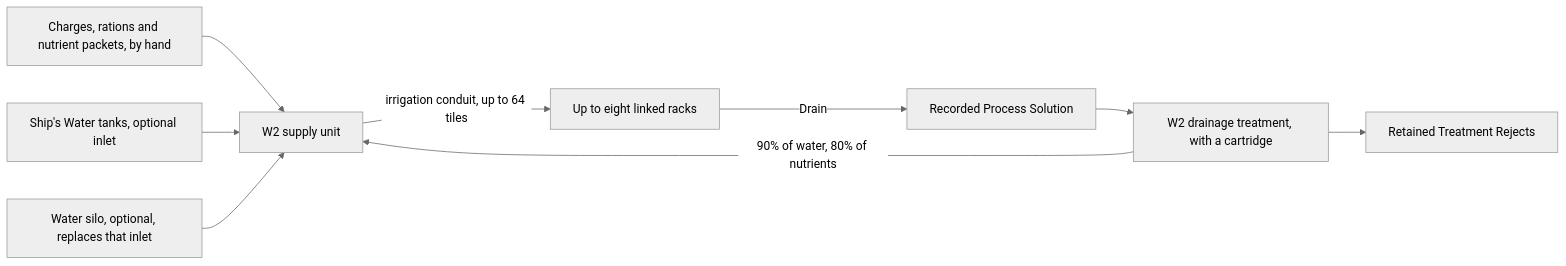
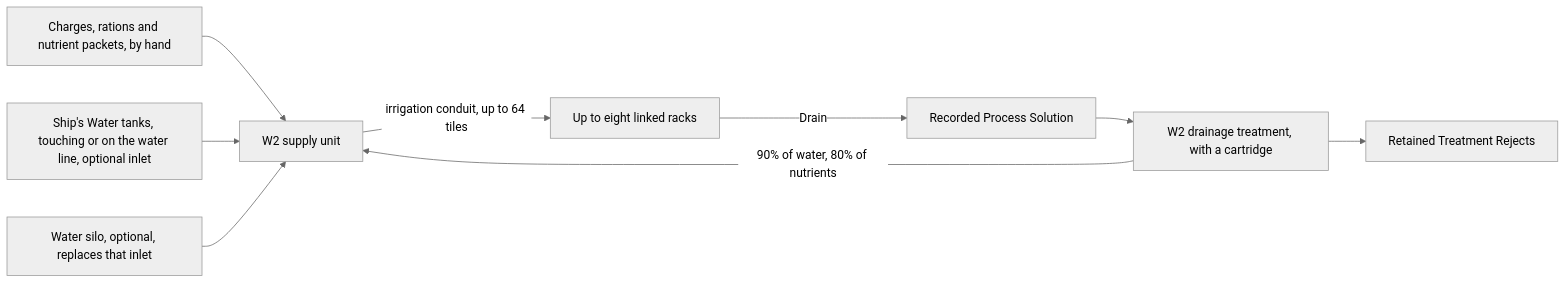
The diagram in docs/fluid-network-operations.md (phobos-dthorga/phobos-ostranauts), drawn with Mermaid (neutral theme) before and after one commit. The commit also changed 46 other files, not shown here.

First line of the commit message:
Ship's Water tanks on the water line: Framework 0.59.0

````diff
--- a/docs/fluid-network-operations.md
+++ b/docs/fluid-network-operations.md
@@ -13,11 +13,11 @@
 ```mermaid
 flowchart LR
     Hand["Charges, rations and nutrient packets, by hand"] --> W2["W2 supply unit"]
-    SW["Ship's Water tanks, optional inlet"] --> W2
+    SW["Ship's Water tanks, touching or on the water line, optional inlet"] --> W2
     Silo["Water silo, optional, replaces that inlet"] --> W2
     W2 -->|irrigation conduit, up to 64 tiles| Racks["Up to eight linked racks"]
     Racks -->|Drain| Sol["Recorded Process Solution"]
     Sol --> Treat["W2 drainage treatment, with a cartridge"]
     Treat -->|90% of water, 80% of nutrients| W2
     Treat --> Rej["Retained Treatment Rejects"]
 ```
````
